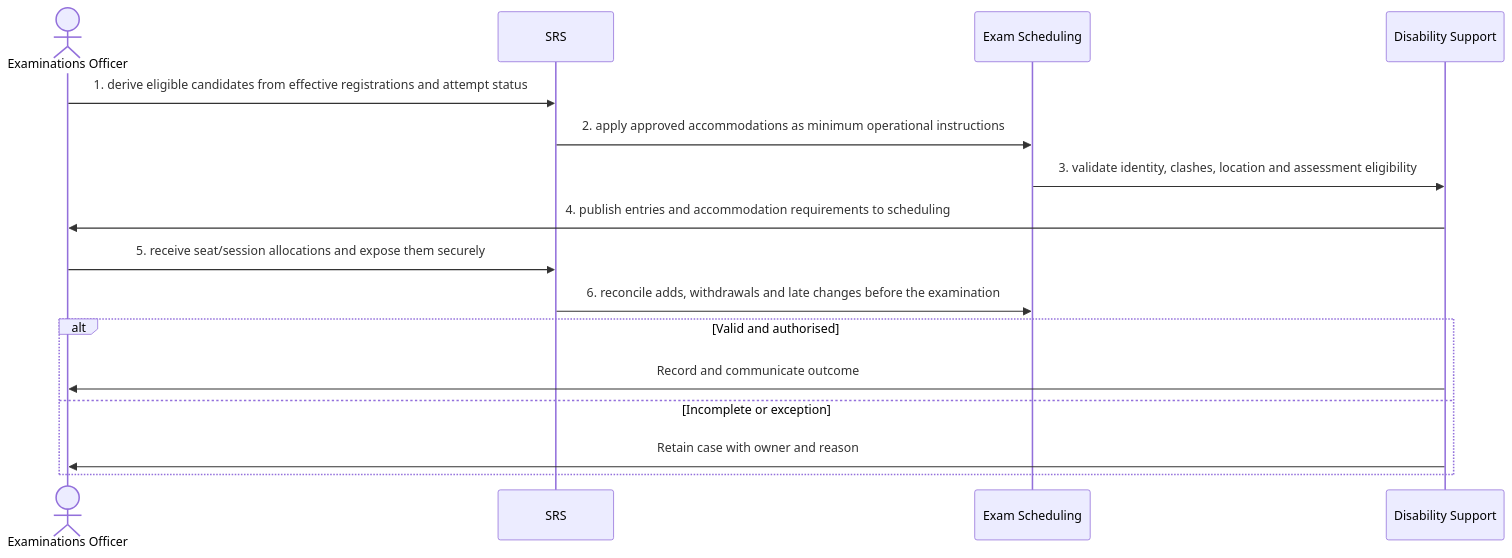
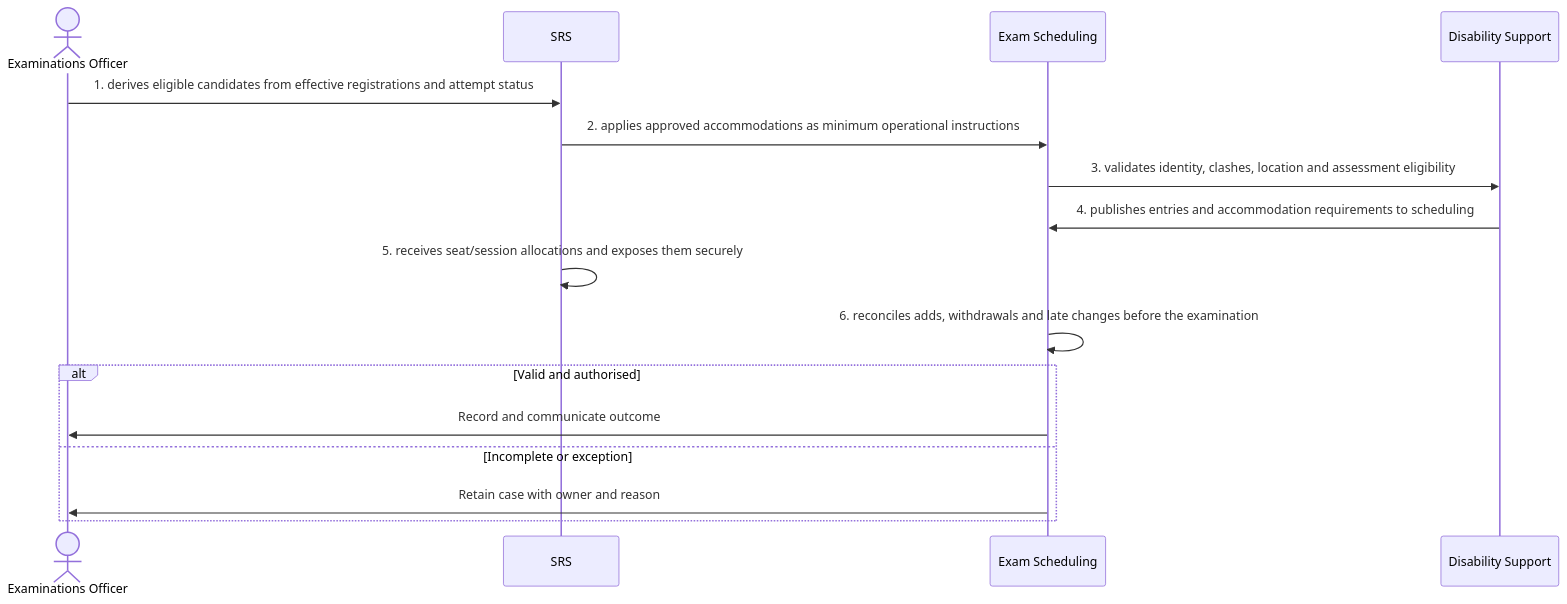
One commit to RevelationCore/Revelation-SRS changed the diagram in docs/business-processes/05-assessment-and-results/bp-05-002-create-examination-entries-and-accommodations.md. Above: the diagram before and after it, drawn with Mermaid. The commit also changed other lines of this file and 96 other files, not shown here.

````diff
--- a/docs/business-processes/05-assessment-and-results/bp-05-002-create-examination-entries-and-accommodations.md
+++ b/docs/business-processes/05-assessment-and-results/bp-05-002-create-examination-entries-and-accommodations.md
@@ -158,18 +158,18 @@
 ```mermaid
 sequenceDiagram
     actor A1 as Examinations Officer
     participant A2 as SRS
     participant A3 as Exam Scheduling
     participant A4 as Disability Support
-    A1->>A2: 1. derive eligible candidates from effective registrations and attempt status
-    A2->>A3: 2. apply approved accommodations as minimum operational instructions
-    A3->>A4: 3. validate identity, clashes, location and assessment eligibility
-    A4->>A1: 4. publish entries and accommodation requirements to scheduling
-    A1->>A2: 5. receive seat/session allocations and expose them securely
-    A2->>A3: 6. reconcile adds, withdrawals and late changes before the examination
+    A1->>A2: 1. derives eligible candidates from effective registrations and attempt status
+    A2->>A3: 2. applies approved accommodations as minimum operational instructions
+    A3->>A4: 3. validates identity, clashes, location and assessment eligibility
+    A4->>A3: 4. publishes entries and accommodation requirements to scheduling
+    A2->>A2: 5. receives seat/session allocations and exposes them securely
+    A3->>A3: 6. reconciles adds, withdrawals and late changes before the examination
     alt Valid and authorised
-        A4->>A1: Record and communicate outcome
+        A3->>A1: Record and communicate outcome
     else Incomplete or exception
-        A4->>A1: Retain case with owner and reason
+        A3->>A1: Retain case with owner and reason
     end
 ```
````
